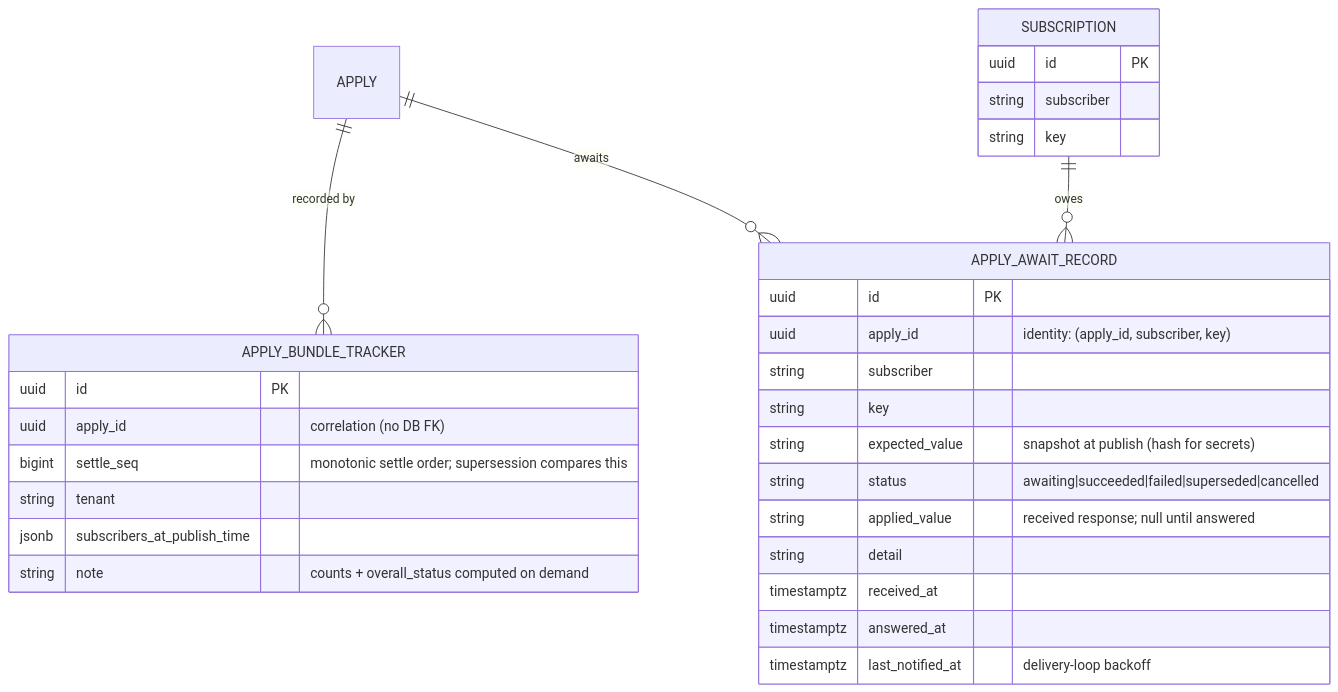
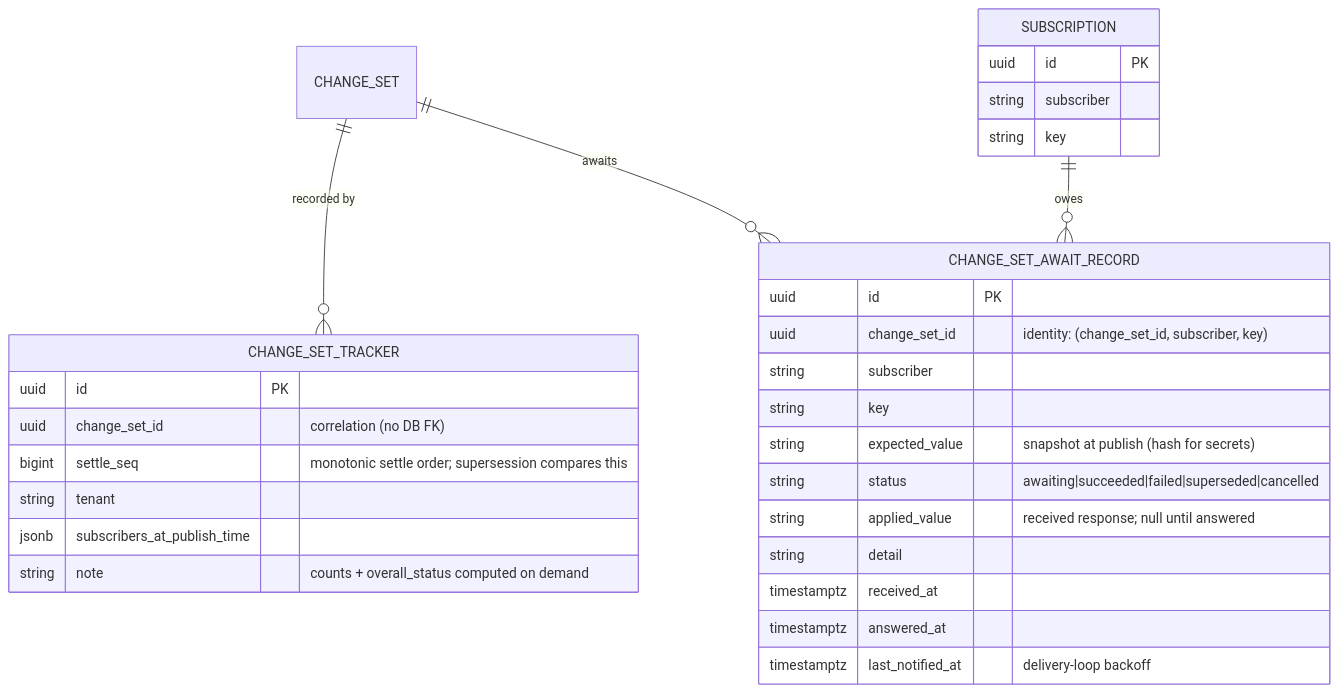
Before and after one commit to Andrei-Iliushin-Constructor/gears-rust: the third of 5 diagrams in gears/settings-service/docs/DESIGN-activation.md, drawn with Mermaid. The commit also changed other lines of this file and 1 other file, not shown here.

````diff
--- a/gears/settings-service/docs/DESIGN-activation.md
+++ b/gears/settings-service/docs/DESIGN-activation.md
@@ -413,32 +413,32 @@
 ```mermaid
 erDiagram
- APPLY ||--o{ APPLY_BUNDLE_TRACKER : "recorded by"
- APPLY ||--o{ APPLY_AWAIT_RECORD : "awaits"
- SUBSCRIPTION ||--o{ APPLY_AWAIT_RECORD : "owes"
+ CHANGE_SET ||--o{ CHANGE_SET_TRACKER : "recorded by"
+ CHANGE_SET ||--o{ CHANGE_SET_AWAIT_RECORD : "awaits"
+ SUBSCRIPTION ||--o{ CHANGE_SET_AWAIT_RECORD : "owes"
  SUBSCRIPTION {
  uuid id PK
  string subscriber
  string key
  }
- APPLY_BUNDLE_TRACKER {
+ CHANGE_SET_TRACKER {
  uuid id PK
- uuid apply_id "correlation (no DB FK)"
+ uuid change_set_id "correlation (no DB FK)"
  bigint settle_seq "monotonic settle order; supersession compares this"
  string tenant
  jsonb subscribers_at_publish_time
  string note "counts + overall_status computed on demand"
  }
- APPLY_AWAIT_RECORD {
+ CHANGE_SET_AWAIT_RECORD {
  uuid id PK
- uuid apply_id "identity: (apply_id, subscriber, key)"
+ uuid change_set_id "identity: (change_set_id, subscriber, key)"
  string subscriber
  string key
  string expected_value "snapshot at publish (hash for secrets)"
  string status "awaiting|succeeded|failed|superseded|cancelled"
  string applied_value "received response; null until answered"
  string detail
  timestamptz received_at
  timestamptz answered_at
  timestamptz last_notified_at "delivery-loop backoff"
  }
 ```
````
